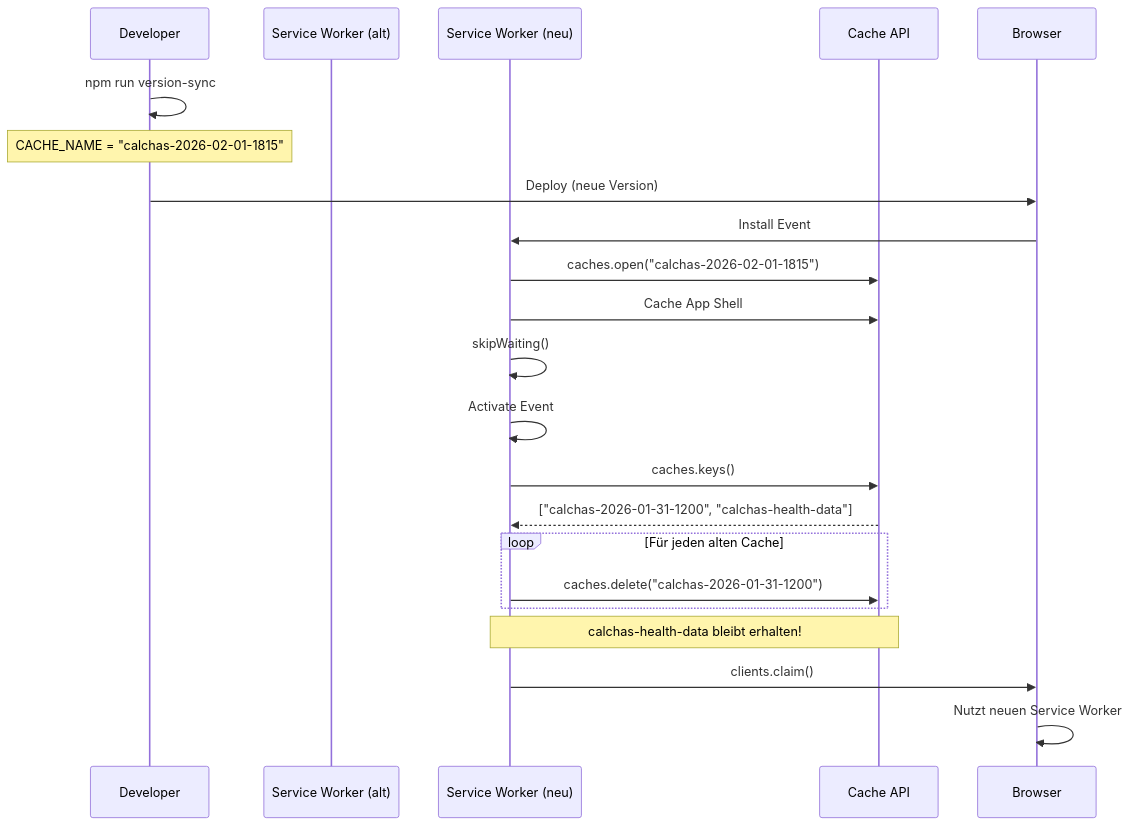
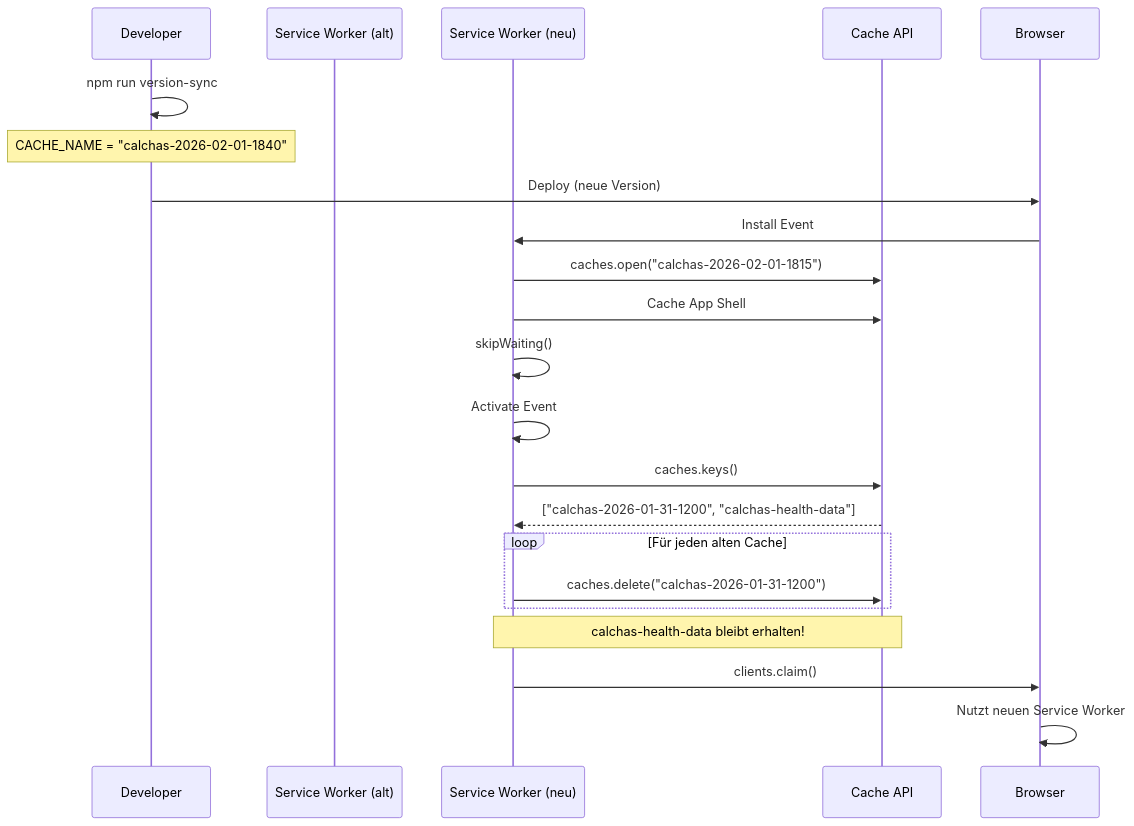
One commit to BFS-IT-AB/Calchas changed the seventh of 9 diagrams in SYSTEM-ARCHITEKTUR-ANALYSE.md. Above: the diagram before and after it, drawn with Mermaid. The commit also changed other lines of this file and 3 other files, not shown here.

````diff
--- a/SYSTEM-ARCHITEKTUR-ANALYSE.md
+++ b/SYSTEM-ARCHITEKTUR-ANALYSE.md
@@ -1601,30 +1592,30 @@
 ```mermaid
 sequenceDiagram
     participant Dev as Developer
     participant SW as Service Worker (alt)
     participant SWN as Service Worker (neu)
     participant C as Cache API
     participant B as Browser
 
     Dev->>Dev: npm run version-sync
-    Note over Dev: CACHE_NAME = "calchas-2026-02-01-1815"
+    Note over Dev: CACHE_NAME = "calchas-2026-02-01-1840"
 
     Dev->>B: Deploy (neue Version)
     B->>SWN: Install Event
     SWN->>C: caches.open("calchas-2026-02-01-1815")
     SWN->>C: Cache App Shell
     SWN->>SWN: skipWaiting()
 
     SWN->>SWN: Activate Event
     SWN->>C: caches.keys()
     C-->>SWN: ["calchas-2026-01-31-1200", "calchas-health-data"]
 
     loop Für jeden alten Cache
         SWN->>C: caches.delete("calchas-2026-01-31-1200")
     end
 
     Note over SWN,C: calchas-health-data bleibt erhalten!
 
     SWN->>B: clients.claim()
     B->>B: Nutzt neuen Service Worker
 ```
````
